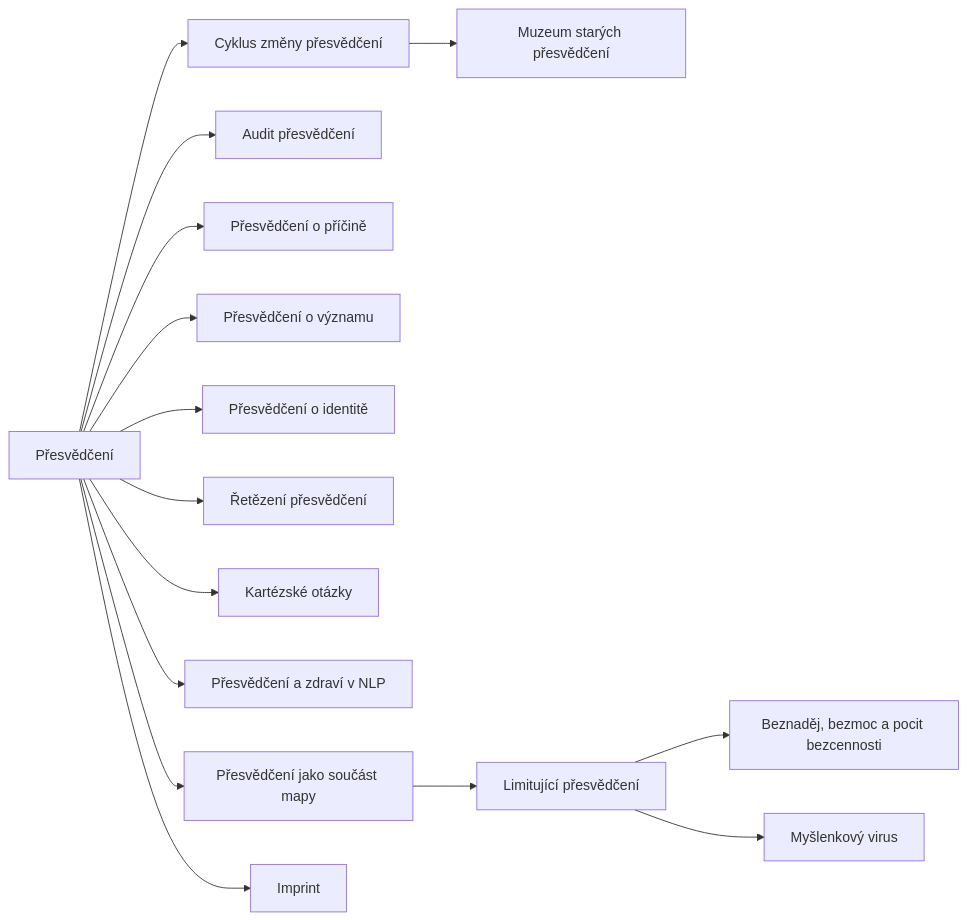
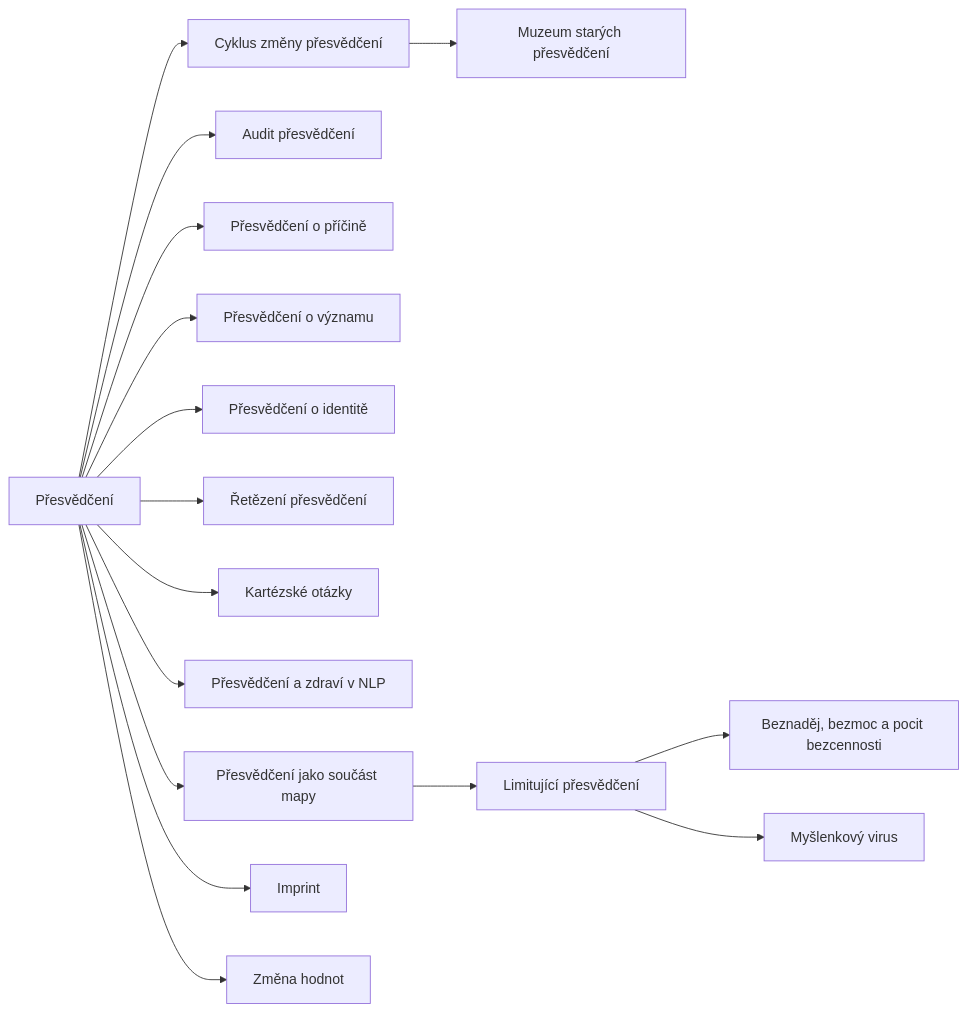
Before and after one commit to korczis/kompendium-epistemicke-anihilace: the diagram in content/kompendium/nlp-vzorce/presvedceni/_index.md, drawn with Mermaid. The commit also changed other lines of this file and 280 other files, not shown here.

````diff
--- a/content/kompendium/nlp-vzorce/presvedceni/_index.md
+++ b/content/kompendium/nlp-vzorce/presvedceni/_index.md
@@ -193,47 +194,50 @@
 ```mermaid
 flowchart LR
   F["Přesvědčení"]
   click F "@/kompendium/nlp-vzorce/presvedceni/_index.md"
   n1["Cyklus změny přesvědčení"]
   n2["Muzeum starých přesvědčení"]
   n3["Audit přesvědčení"]
   n4["Limitující přesvědčení"]
   n5["Přesvědčení o příčině"]
   n6["Přesvědčení o významu"]
   n7["Přesvědčení o identitě"]
   n8["Beznaděj, bezmoc a pocit bezcennosti"]
   n9["Řetězení přesvědčení"]
   n10["Kartézské otázky"]
   n11["Myšlenkový virus"]
   n12["Přesvědčení a zdraví v NLP"]
   n13["Přesvědčení jako součást mapy"]
   n14["Imprint"]
+  n15["Změna hodnot"]
   F --> n1
   n1 --> n2
   F --> n3
   n13 --> n4
   F --> n5
   F --> n6
   F --> n7
   n4 --> n8
   F --> n9
   F --> n10
   n4 --> n11
   F --> n12
   F --> n13
   F --> n14
+  F --> n15
   click n1 "@/kompendium/nlp-vzorce/presvedceni/cyklus-zmeny-presvedceni.md"
   click n2 "@/kompendium/nlp-vzorce/presvedceni/muzeum-starych-presvedceni.md"
   click n3 "@/kompendium/nlp-vzorce/presvedceni/audit-presvedceni.md"
   click n4 "@/kompendium/nlp-vzorce/presvedceni/limitujici-presvedceni.md"
   click n5 "@/kompendium/nlp-vzorce/presvedceni/presvedceni-o-pricine.md"
   click n6 "@/kompendium/nlp-vzorce/presvedceni/presvedceni-o-vyznamu.md"
   click n7 "@/kompendium/nlp-vzorce/presvedceni/presvedceni-o-identite.md"
   click n8 "@/kompendium/nlp-vzorce/presvedceni/beznadej-bezmoc-nehodnost.md"
   click n9 "@/kompendium/nlp-vzorce/presvedceni/retezeni-presvedceni.md"
   click n10 "@/kompendium/nlp-vzorce/presvedceni/kartezske-otazky.md"
   click n11 "@/kompendium/nlp-vzorce/presvedceni/myslenkovy-virus.md"
   click n12 "@/kompendium/nlp-vzorce/presvedceni/presvedceni-a-zdravi.md"
   click n13 "@/kompendium/nlp-vzorce/presvedceni/presvedceni-jako-mapa.md"
   click n14 "@/kompendium/nlp-vzorce/presvedceni/imprint.md"
+  click n15 "@/kompendium/nlp-vzorce/presvedceni/zmena-hodnot.md"
 ```
````
